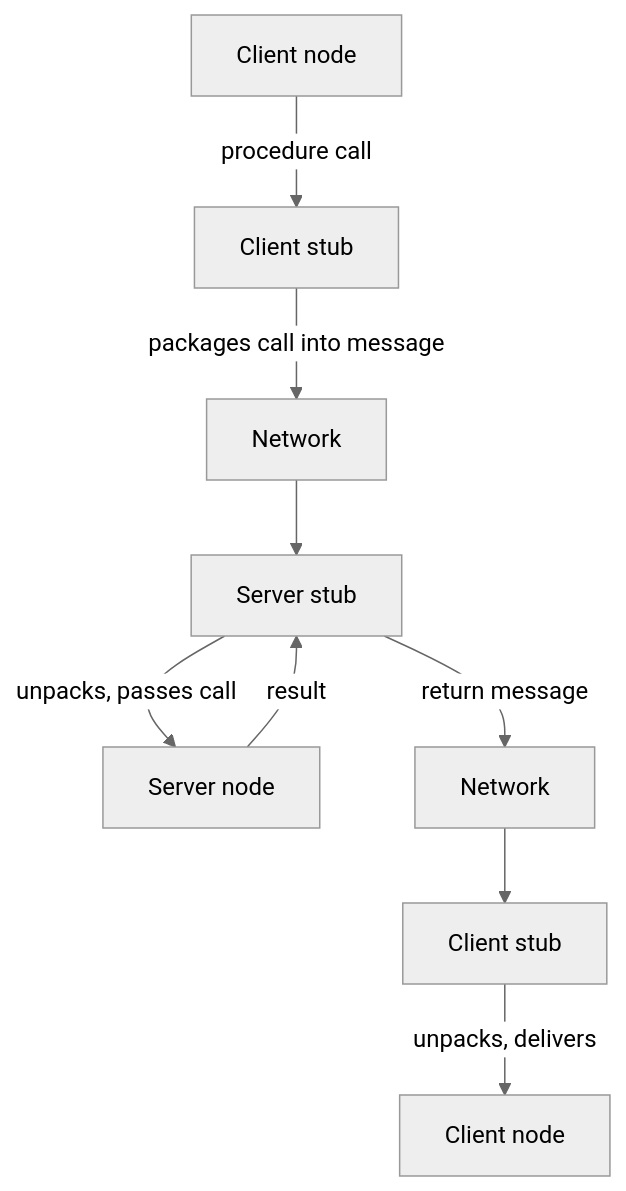
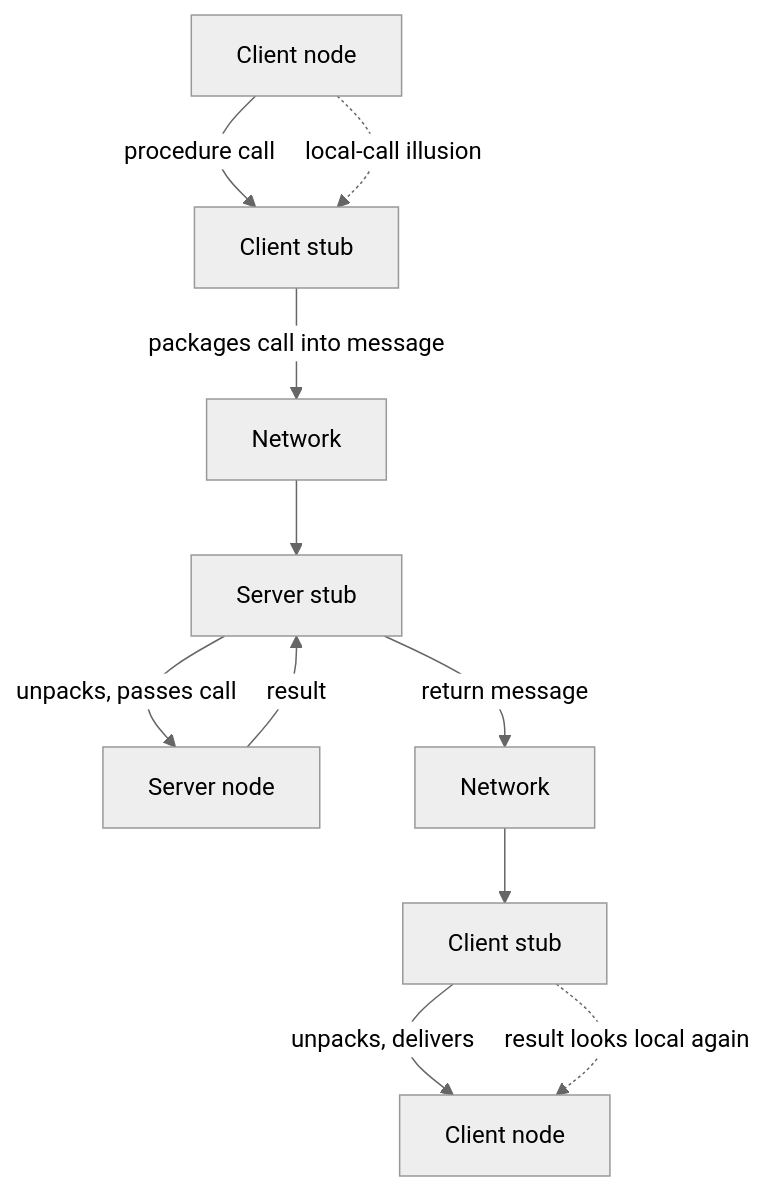
Before and after one commit to sanjaykumarpushadapu/MTech: the tenth of 14 diagrams in 2026-2027-Sem1/AIMLCZG549-APIDrivenCloudNativeSolutions/notes/S01-api-basics.md, drawn with Mermaid (neutral theme). The commit also changed other lines of this file and 2 other files, not shown here.

Commit message:
fix s mermaid

````diff
--- a/2026-2027-Sem1/AIMLCZG549-APIDrivenCloudNativeSolutions/notes/S01-api-basics.md
+++ b/2026-2027-Sem1/AIMLCZG549-APIDrivenCloudNativeSolutions/notes/S01-api-basics.md
@@ -607,11 +607,13 @@
 ```mermaid
 flowchart TD
     CN[Client node] -->|procedure call| CST[Client stub]
     CST -->|packages call into message| NET[Network]
     NET --> SST[Server stub]
     SST -->|unpacks, passes call| SN[Server node]
     SN -->|result| SST
     SST -->|return message| NET2[Network]
     NET2 --> CST2[Client stub]
     CST2 -->|unpacks, delivers| CN2[Client node]
+    CN -.->|"local-call illusion"| CST
+    CST2 -.->|"result looks local again"| CN2
 ```
````
